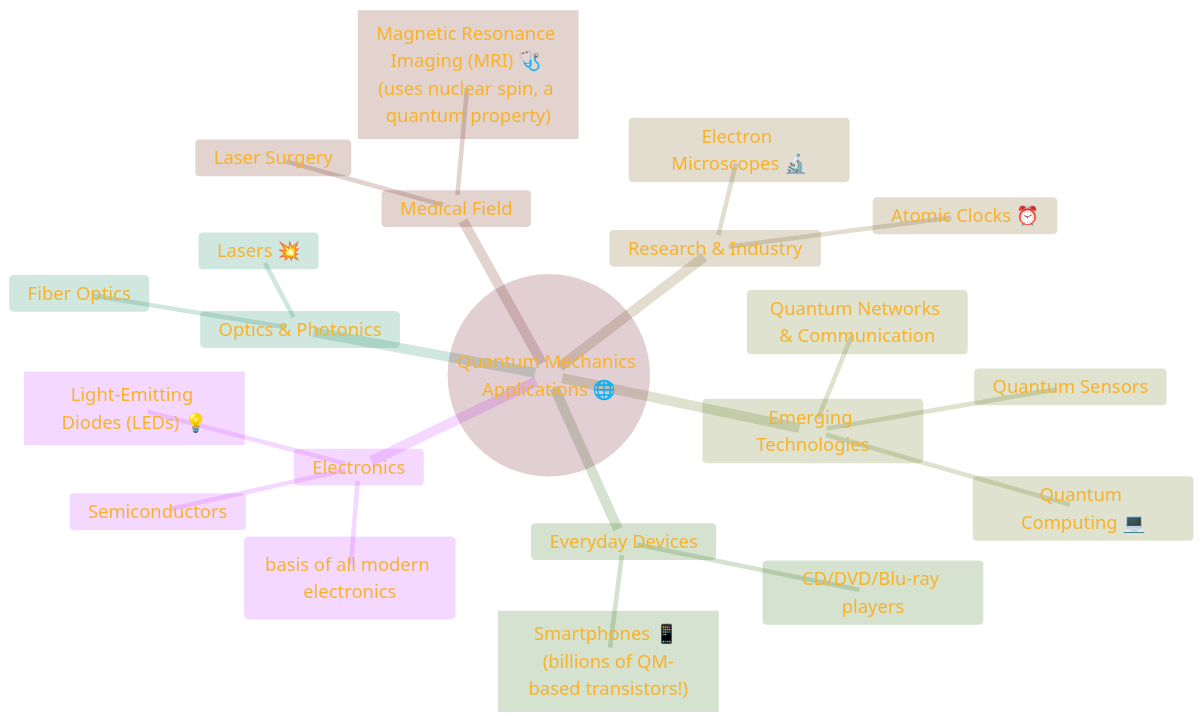
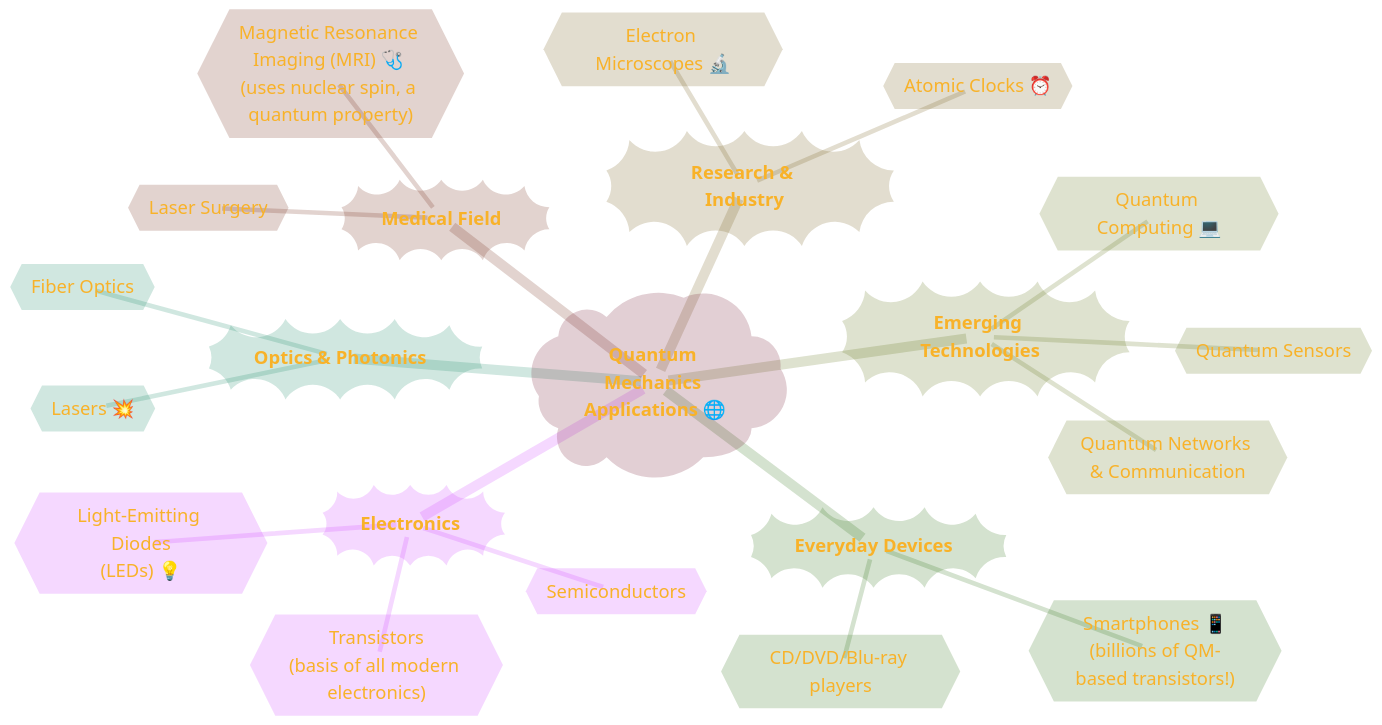
Before and after one commit to CongLeSolutionX/Harmonic_Atomica: the fifth of 7 diagrams in Quantum_Mechanics/Quantum_Mechanics.md, drawn with Mermaid.

````diff
--- a/Quantum_Mechanics/Quantum_Mechanics.md
+++ b/Quantum_Mechanics/Quantum_Mechanics.md
@@ -418,48 +418,48 @@
 ```mermaid
 ---
 title: "The Quantum Revolution"
 author: "Cong Le"
 version: "1.0"
 license(s): "MIT, CC BY 4.0"
 copyright: "Copyright (c) 2025 Cong Le. All Rights Reserved."
 config:
   theme: base
 ---
 %%%%%%%% Mermaid version v11.4.1-b.14
 %%{
   init: {
     'fontFamily': 'Monaco',
     'themeVariables': {
       'primaryColor': '#D253',
       'primaryTextColor': '#F8B229',
       'primaryBorderColor': '#27AE60',
       'secondaryColor': '#EBF3',
       'secondaryTextColor': '#6C3483',
       'secondaryBorderColor': '#A569BD',
       'fontSize': '20px'
     }
   }
 }%%
 mindmap
-  root(("Quantum Mechanics Applications 🌐"))
-    Electronics
-      Transistors (basis of all modern electronics)
-      Semiconductors
-      Light_Emitting_Diodes["Light-Emitting Diodes (LEDs) 💡"]
-    Optics & Photonics
-      Lasers 💥
-      Fiber Optics
-    Medical Field
-      Magnetic_Resonance_Imaging["Magnetic Resonance Imaging (MRI) 🩺 (uses nuclear spin, a quantum property)"]
-      Laser Surgery
-    Research & Industry
-      Electron Microscopes 🔬
-      Atomic Clocks ⏰
-    Emerging Technologies
-      Quantum Computing 💻
-      Quantum Networks & Communication
-      Quantum Sensors
-    Everyday Devices
-      Smartphones["Smartphones 📱 (billions of QM-based transistors!)"]
-      CD/DVD/Blu-ray players
+  root)"**Quantum Mechanics Applications** 🌐"(
+    Electronics))"**Electronics**"((
+      Transistors{{"Transistors<br/>(basis of all modern electronics)"}}
+      Semiconductors{{"Semiconductors"}}
+      Light_Emitting_Diodes{{"Light-Emitting Diodes<br/>(LEDs) 💡"}}
+    Optics_and_Photonics))"**Optics & Photonics**"((
+      Lasers{{"Lasers 💥"}}
+      Fiber_Optics{{"Fiber Optics"}}
+    Medical_Field))"**Medical Field**"((
+      Magnetic_Resonance_Imaging{{"Magnetic Resonance Imaging (MRI) 🩺 <br/>(uses nuclear spin, a quantum property)"}}
+      Laser_Surgery{{"Laser Surgery"}}
+    Research_and_Industry))"**Research & Industry**"((
+      Electron_Microscopes{{"Electron Microscopes 🔬"}}
+      Atomic_Clocks{{"Atomic Clocks ⏰"}}
+    Emerging_Technologies))"**Emerging Technologies**"((
+      Quantum_Computing{{"Quantum Computing 💻"}}
+      Quantum_Networks_and_Communication{{"Quantum Networks & Communication"}}
+      Quantum_Sensors{{"Quantum Sensors"}}
+    Everyday_Devices))"**Everyday Devices**"((
+      Smartphones{{"Smartphones 📱<br/>(billions of QM-based transistors!)"}}
+      CD_DVD_Blu_ray_players{{"CD/DVD/Blu-ray players"}}
 ```
````
